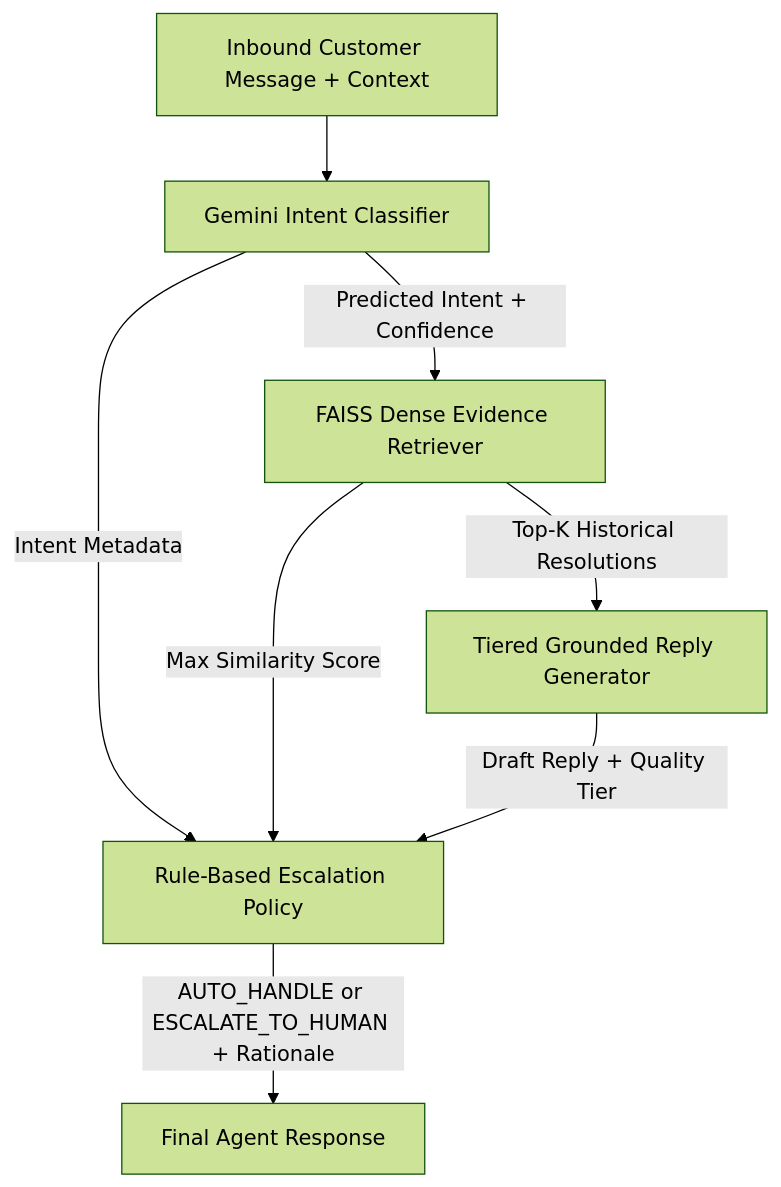
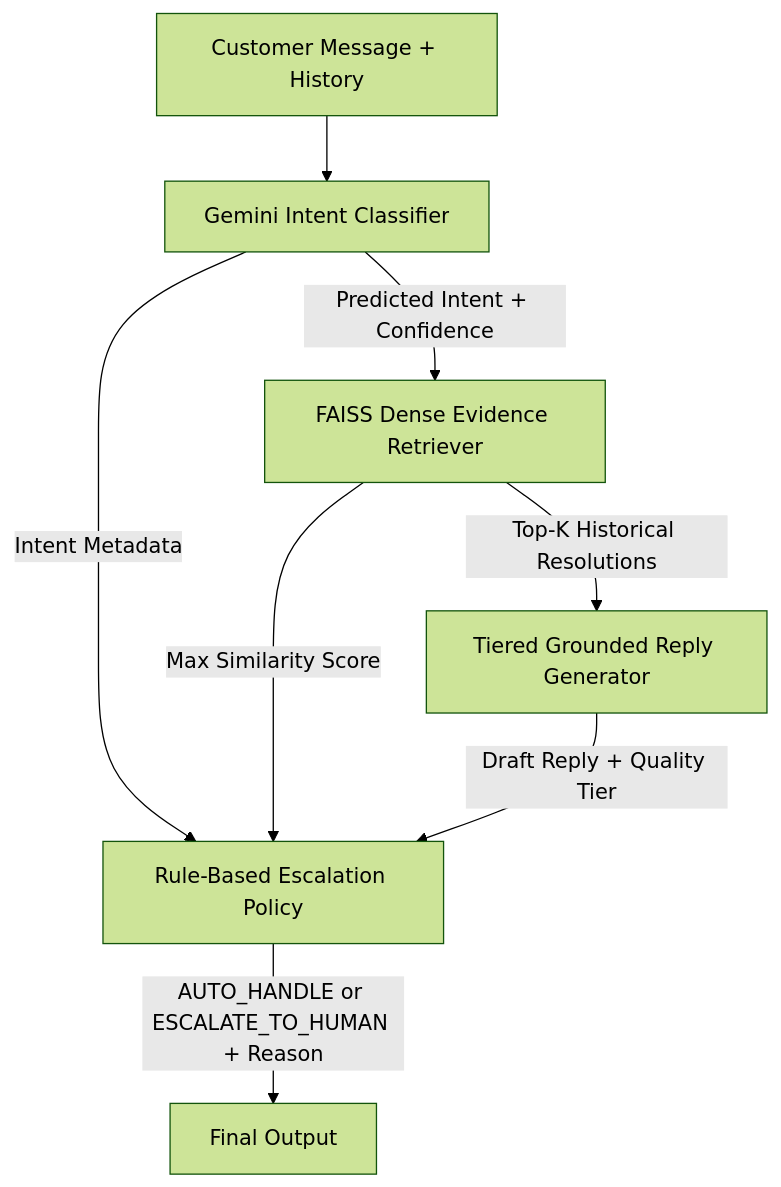
The diagram in README.md (rubanofficial/hiver-ai-agent), drawn with Mermaid (forest theme) before and after one commit. The commit also changed other lines of this file, not shown here.

````diff
--- a/README.md
+++ b/README.md
@@ -30,10 +16,10 @@
 ```mermaid
 flowchart TD
-    A[Inbound Customer Message + Context] --> B[Gemini Intent Classifier]
+    A[Customer Message + History] --> B[Gemini Intent Classifier]
     B -->|Predicted Intent + Confidence| C[FAISS Dense Evidence Retriever]
     B -->|Intent Metadata| E[Rule-Based Escalation Policy]
     C -->|Top-K Historical Resolutions| D[Tiered Grounded Reply Generator]
     C -->|Max Similarity Score| E
     D -->|Draft Reply + Quality Tier| E
-    E -->|AUTO_HANDLE or ESCALATE_TO_HUMAN + Rationale| F[Final Agent Response]
+    E -->|AUTO_HANDLE or ESCALATE_TO_HUMAN + Reason| F[Final Output]
 ```
````
